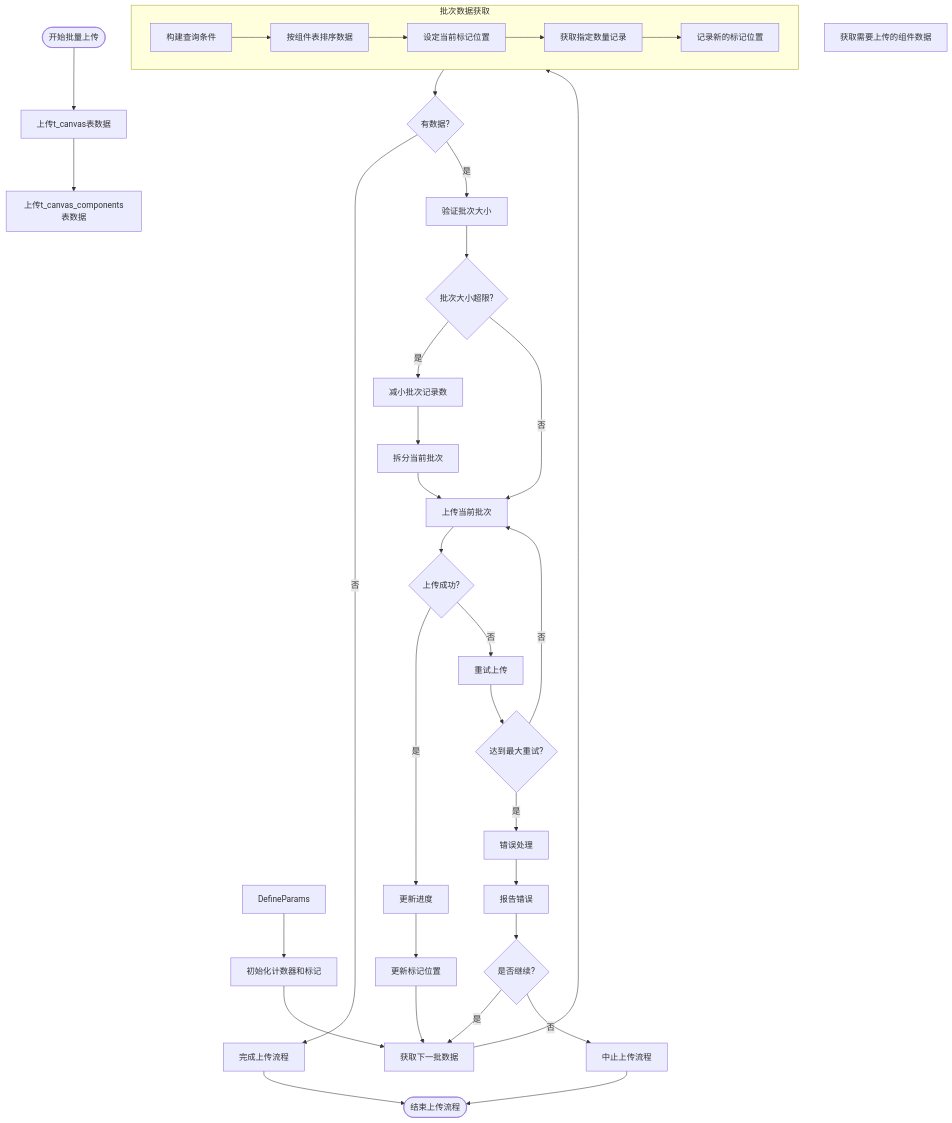
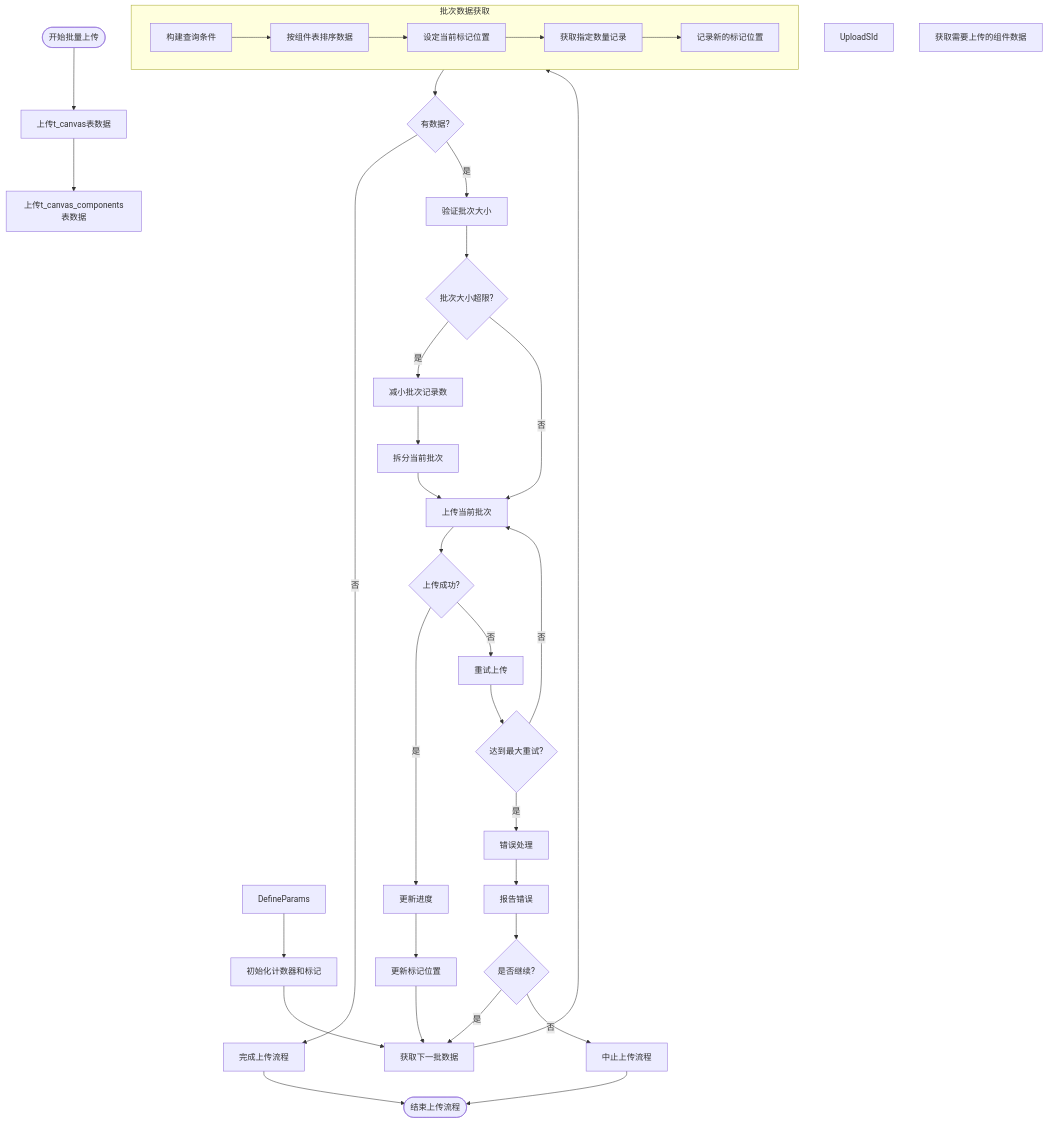
One commit to yingjianzh/iodraw-files changed the diagram in all/未命名-51.md. Above: the diagram before and after it, drawn with Mermaid.

Commit message:
2025-05-08 17:23:54 update

````diff
--- a/all/未命名-51.md
+++ b/all/未命名-51.md
@@ -1,49 +1,50 @@
 ```mermaid
 flowchart TD
     Start([开始批量上传]) --> UploadSpaceData[上传t_canvas表数据]
     UploadSpaceData --> UploadComponentListData[上传t_canvas_components表数据]
+    UploadSId
     
     UploadData[获取需要上传的组件数据]
     DefineParams --> InitCounters[初始化计数器和标记]
     
     InitCounters --> FetchNextBatch[获取下一批数据]
     
     subgraph BatchFetch [批次数据获取]
         A[构建查询条件] --> B[按组件表排序数据]
         B --> C[设定当前标记位置]
         C --> D[获取指定数量记录]
         D --> E[记录新的标记位置]
     end
     
     FetchNextBatch --> BatchFetch
     
     BatchFetch --> CheckResults{有数据?}
     CheckResults -->|否| CompleteUpload[完成上传流程]
     CheckResults -->|是| ValidateBatch[验证批次大小]
     
     ValidateBatch --> SizeTooLarge{批次大小超限?}
     SizeTooLarge -->|是| AdjustBatchSize[减小批次记录数]
     SizeTooLarge -->|否| UploadBatch[上传当前批次]
     
     AdjustBatchSize --> SplitBatch[拆分当前批次]
     SplitBatch --> UploadBatch
     
     UploadBatch --> UploadSuccess{上传成功?}
     UploadSuccess -->|是| UpdateProgress[更新进度]
     UploadSuccess -->|否| RetryUpload[重试上传]
     
     RetryUpload --> MaxRetries{达到最大重试?}
     MaxRetries -->|否| UploadBatch
     MaxRetries -->|是| ErrorHandling[错误处理]
     
     ErrorHandling --> ReportError[报告错误]
     ReportError --> ContinueOption{是否继续?}
     ContinueOption -->|是| FetchNextBatch
     ContinueOption -->|否| AbortProcess[中止上传流程]
     
     UpdateProgress --> UpdateMarker[更新标记位置]
     UpdateMarker --> FetchNextBatch
     
     CompleteUpload --> End([结束上传流程])
     AbortProcess --> End
 ```
````
